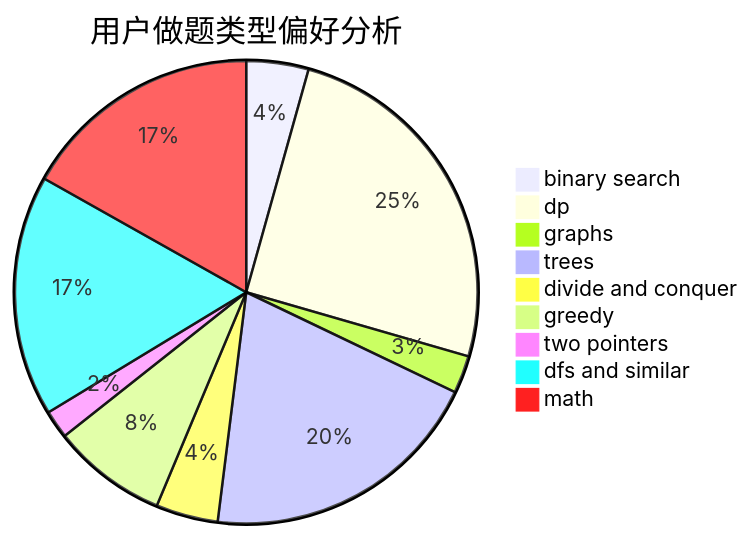
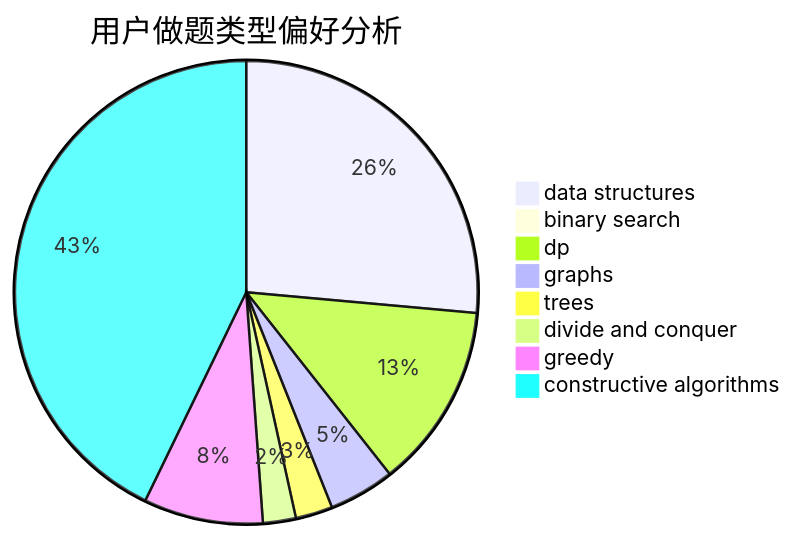
One commit to sherpahu/cfrs.github.io changed the second of 3 diagrams in docs/user/u498.md. Above: the diagram before and after it, drawn with Mermaid. The commit also changed other lines of this file and 2775 other files, not shown here.

````diff
--- a/docs/user/u498.md
+++ b/docs/user/u498.md
@@ -23,12 +23,11 @@
 ```mermaid
 pie title 用户做题类型偏好分析
-    "binary search" :  33
-    "dp" :  191
-    "graphs" :  20
-    "trees" :  151
-    "divide and conquer" :  33
-    "greedy" :  61
-    "two pointers" :  15
-    "dfs and similar" :  128
-    "math" :  128
+    "data structures" :  92
+    "binary search" :  0
+    "dp" :  45
+    "graphs" :  16
+    "trees" :  9
+    "divide and conquer" :  8
+    "greedy" :  29
+    "constructive algorithms" :  149
 ```
````
